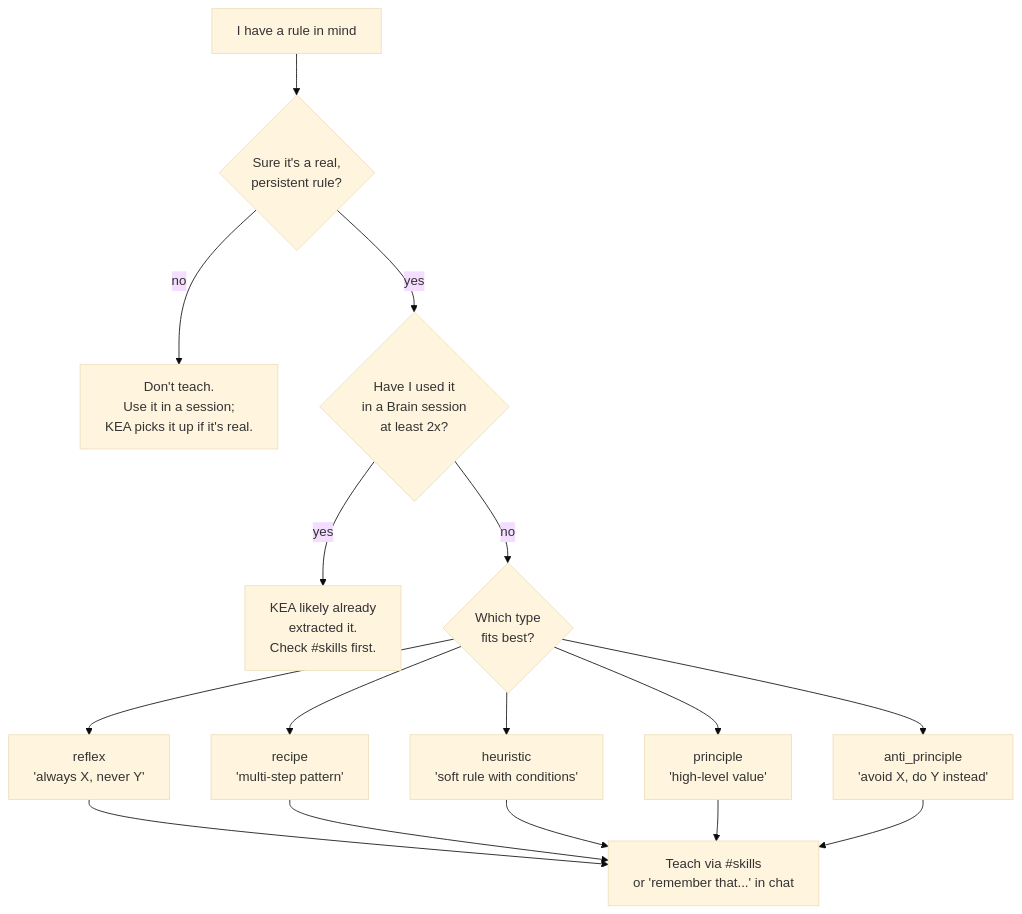
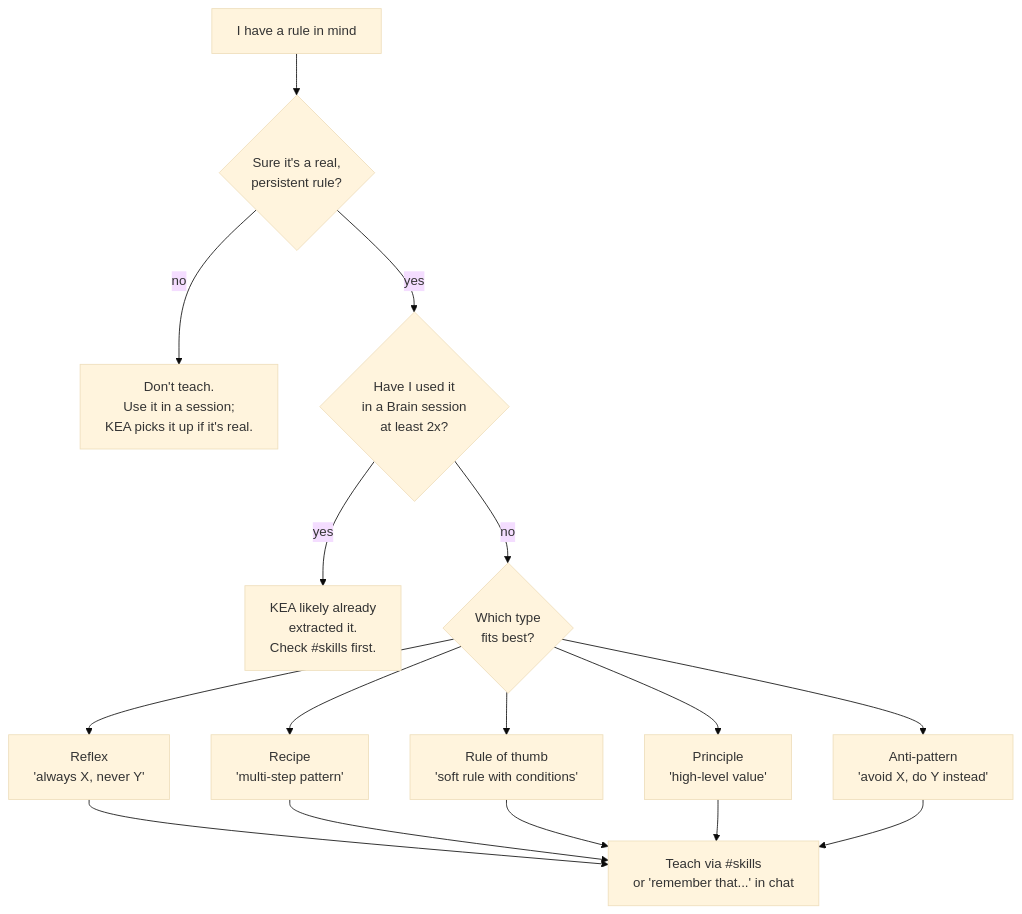
The diagram in docs/tutorials/03-teaching-knowledge.md (bejranonda/ExternalBrain), drawn with Mermaid (base theme) before and after one commit. The commit also changed other lines of this file and 10 other files, not shown here.

````diff
--- a/docs/tutorials/03-teaching-knowledge.md
+++ b/docs/tutorials/03-teaching-knowledge.md
@@ -30,18 +30,18 @@
 ```mermaid
 flowchart TD
     Start[I have a rule in mind] --> Sure{Sure it's a real,<br/>persistent rule?}
     Sure -- no --> Wait[Don't teach.<br/>Use it in a session;<br/>KEA picks it up if it's real.]
     Sure -- yes --> Active{Have I used it<br/>in a Brain session<br/>at least 2x?}
     Active -- yes --> Wait2[KEA likely already<br/>extracted it.<br/>Check #skills first.]
     Active -- no --> Type{Which type<br/>fits best?}
-    Type --> Reflex[reflex<br/>'always X, never Y']
-    Type --> Recipe[recipe<br/>'multi-step pattern']
-    Type --> Heuristic[heuristic<br/>'soft rule with conditions']
-    Type --> Principle[principle<br/>'high-level value']
-    Type --> Anti[anti_principle<br/>'avoid X, do Y instead']
+    Type --> Reflex[Reflex<br/>'always X, never Y']
+    Type --> Recipe[Recipe<br/>'multi-step pattern']
+    Type --> RuleOfThumb[Rule of thumb<br/>'soft rule with conditions']
+    Type --> Principle[Principle<br/>'high-level value']
+    Type --> AntiPattern[Anti-pattern<br/>'avoid X, do Y instead']
     Reflex --> Teach[Teach via #skills<br/>or 'remember that...' in chat]
     Recipe --> Teach
-    Heuristic --> Teach
+    RuleOfThumb --> Teach
     Principle --> Teach
-    Anti --> Teach
+    AntiPattern --> Teach
 ```
````
